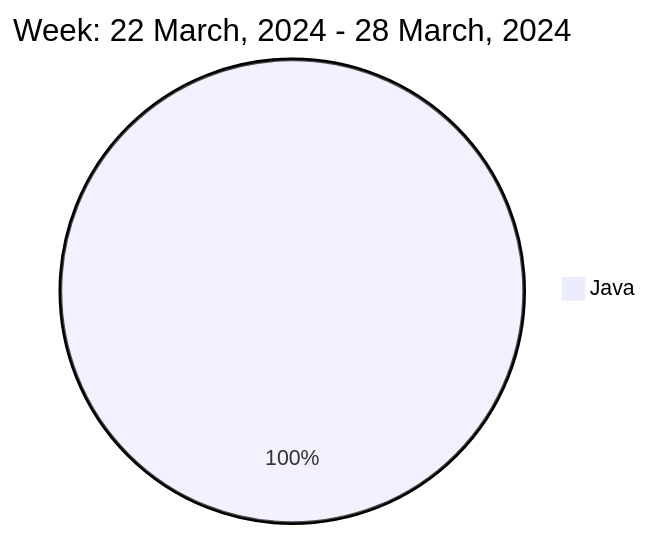
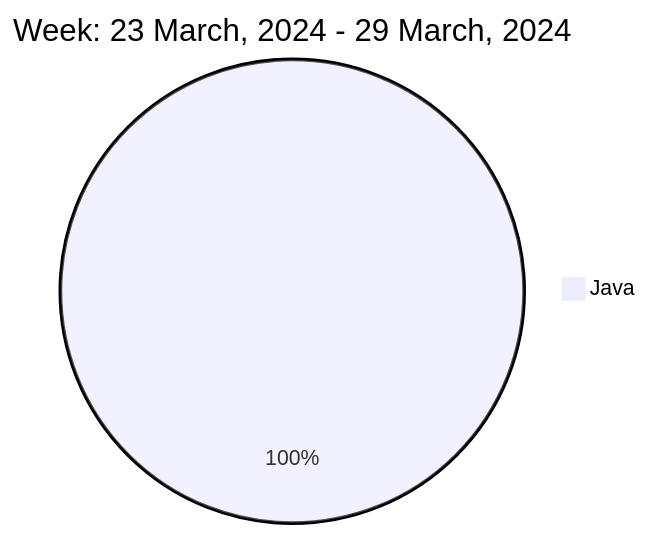
One commit to liubin95/liubin95 changed the diagram in README.md. Above: the diagram before and after it, drawn with Mermaid.

Commit message:
Updated the Graph with new Metrics

````diff
--- a/README.md
+++ b/README.md
@@ -37,5 +37,5 @@
 ```mermaid
  pie
-title Week: 22 March, 2024 - 28 March, 2024
- "Java" : 5.43
+title Week: 23 March, 2024 - 29 March, 2024
+ "Java" : 5.33
 ```
````
